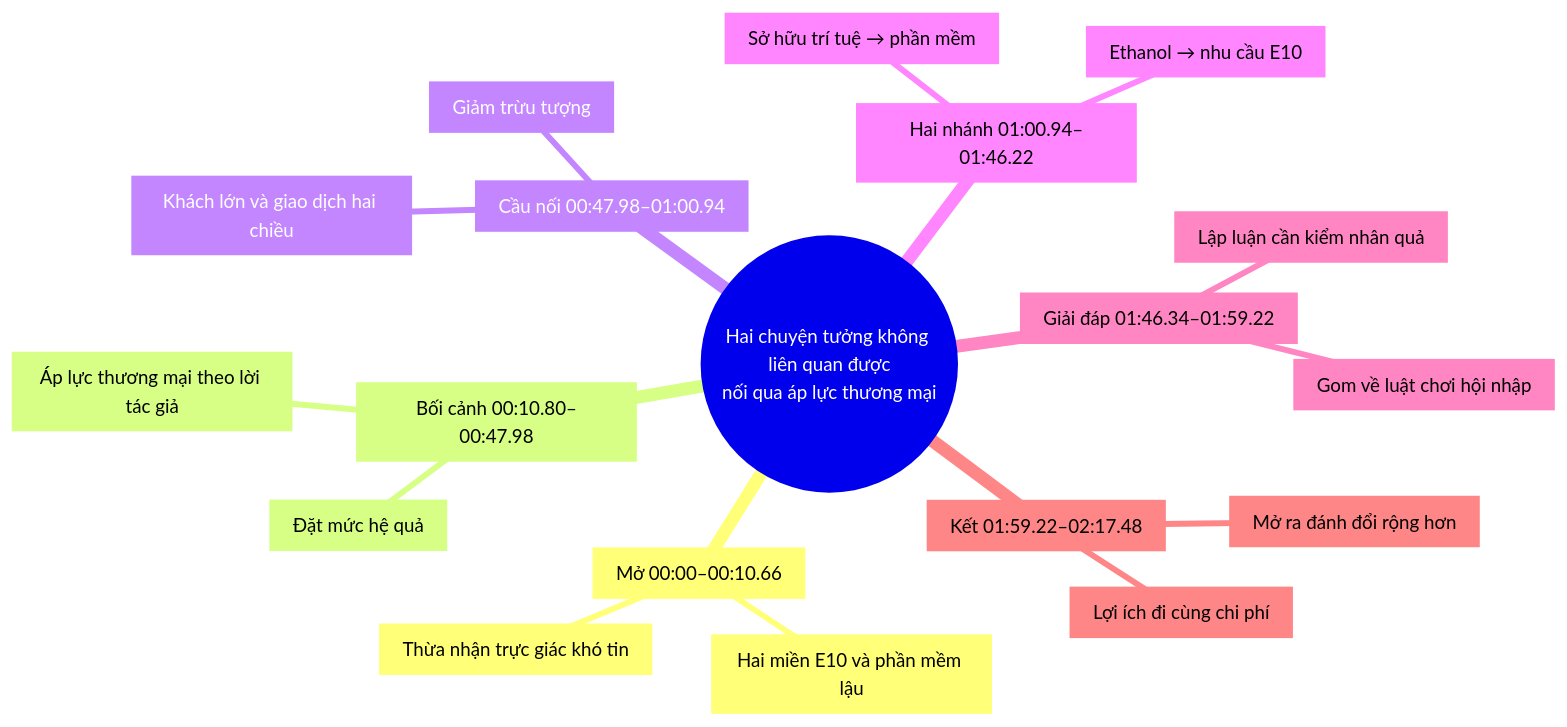
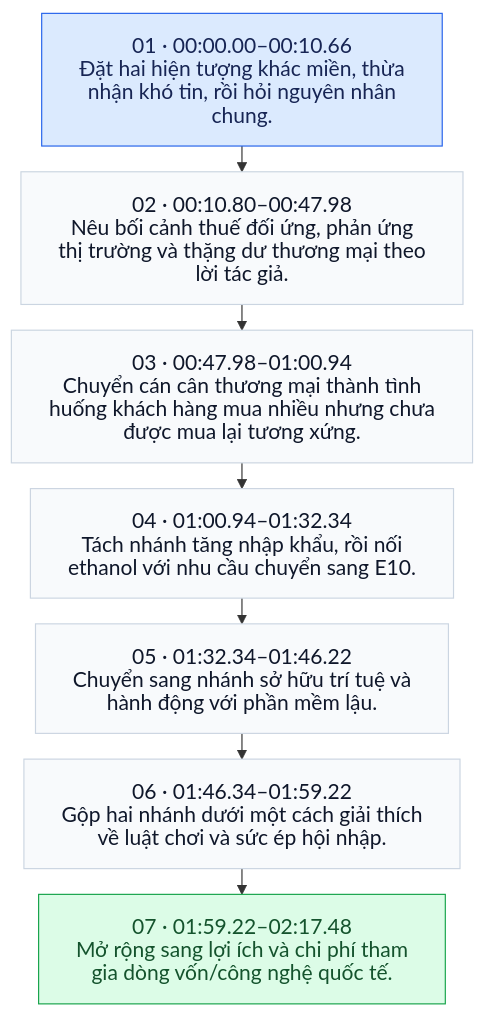
The diagram in skills/hook-script/references/corpus/mindmaps/7651946778392153362.mmd (vilo0411/hook-script-kit), drawn with Mermaid before and after one commit. The commit also changed 103 other files, not shown here.

Commit message:
Diversify Vietnamese clip sources and replace radial maps with story flows

```diff
--- a/skills/hook-script/references/corpus/mindmaps/7651946778392153362.mmd
+++ b/skills/hook-script/references/corpus/mindmaps/7651946778392153362.mmd
@@ -1,20 +1,21 @@
-mindmap
-  root((Hai chuyện tưởng không liên quan được<br/>nối qua áp lực thương mại))
-    b0["Mở 00:00–00:10.66"]
-      b0c0["Hai miền E10 và phần mềm lậu"]
-      b0c1["Thừa nhận trực giác khó tin"]
-    b1["Bối cảnh 00:10.80–00:47.98"]
-      b1c0["Áp lực thương mại theo lời tác giả"]
-      b1c1["Đặt mức hệ quả"]
-    b2["Cầu nối 00:47.98–01:00.94"]
-      b2c0["Khách lớn và giao dịch hai chiều"]
-      b2c1["Giảm trừu tượng"]
-    b3["Hai nhánh 01:00.94–01:46.22"]
-      b3c0["Ethanol → nhu cầu E10"]
-      b3c1["Sở hữu trí tuệ → phần mềm"]
-    b4["Giải đáp 01:46.34–01:59.22"]
-      b4c0["Gom về luật chơi hội nhập"]
-      b4c1["Lập luận cần kiểm nhân quả"]
-    b5["Kết 01:59.22–02:17.48"]
-      b5c0["Lợi ích đi cùng chi phí"]
-      b5c1["Mở ra đánh đổi rộng hơn"]
+%%{init: {"htmlLabels": false, "themeVariables": {"fontSize": "18px"}, "flowchart": {"padding": 16, "rankSpacing": 22, "wrappingWidth": 360}}}%%
+flowchart TD
+  n0["01 · 00:00.00–00:10.66<br/>Đặt hai hiện tượng khác miền, thừa<br/>nhận khó tin, rồi hỏi nguyên nhân<br/>chung."]
+  n1["02 · 00:10.80–00:47.98<br/>Nêu bối cảnh thuế đối ứng, phản ứng<br/>thị trường và thặng dư thương mại theo<br/>lời tác giả."]
+  n0 --> n1
+  n2["03 · 00:47.98–01:00.94<br/>Chuyển cán cân thương mại thành tình<br/>huống khách hàng mua nhiều nhưng chưa<br/>được mua lại tương xứng."]
+  n1 --> n2
+  n3["04 · 01:00.94–01:32.34<br/>Tách nhánh tăng nhập khẩu, rồi nối<br/>ethanol với nhu cầu chuyển sang E10."]
+  n2 --> n3
+  n4["05 · 01:32.34–01:46.22<br/>Chuyển sang nhánh sở hữu trí tuệ và<br/>hành động với phần mềm lậu."]
+  n3 --> n4
+  n5["06 · 01:46.34–01:59.22<br/>Gộp hai nhánh dưới một cách giải thích<br/>về luật chơi và sức ép hội nhập."]
+  n4 --> n5
+  n6["07 · 01:59.22–02:17.48<br/>Mở rộng sang lợi ích và chi phí tham<br/>gia dòng vốn/công nghệ quốc tế."]
+  n5 --> n6
+  classDef phase fill:#F8FAFC,stroke:#CBD5E1,color:#0F172A,font-size:18px;
+  classDef opening fill:#DBEAFE,stroke:#2563EB,color:#172554,font-size:18px;
+  classDef ending fill:#DCFCE7,stroke:#16A34A,color:#14532D,font-size:18px;
+  class n0,n1,n2,n3,n4,n5,n6 phase;
+  class n0 opening;
+  class n6 ending;
```
